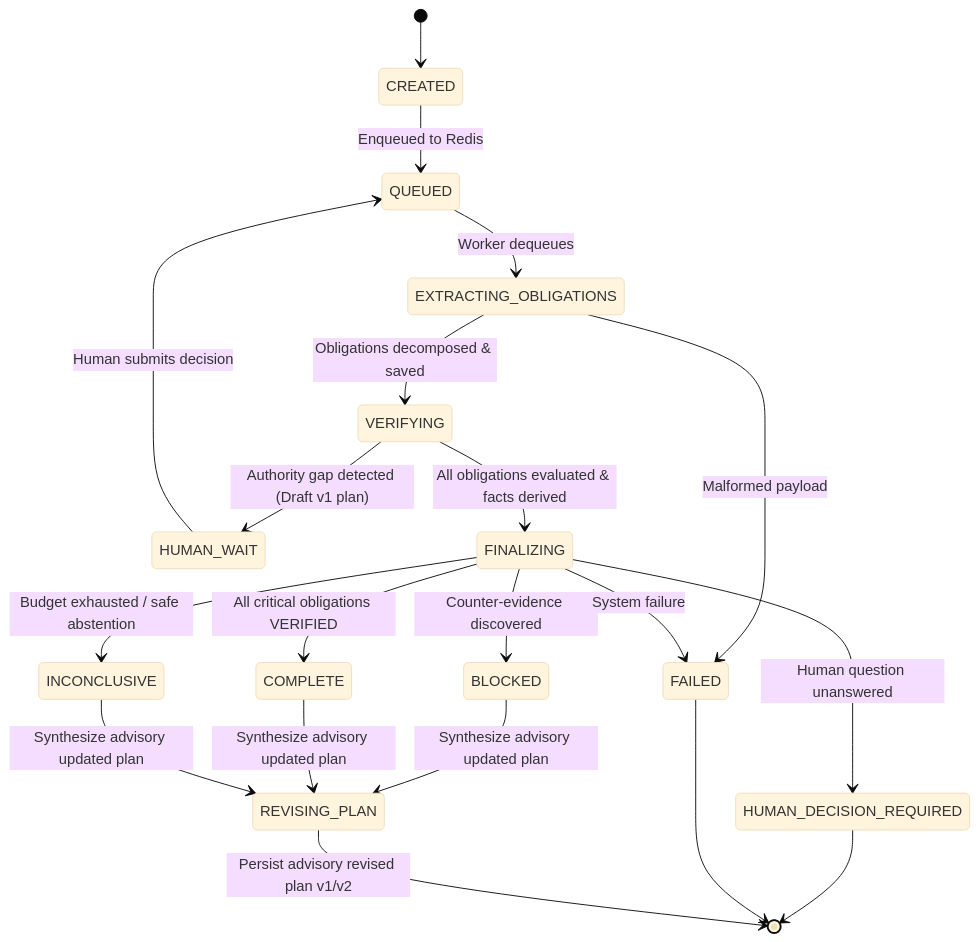
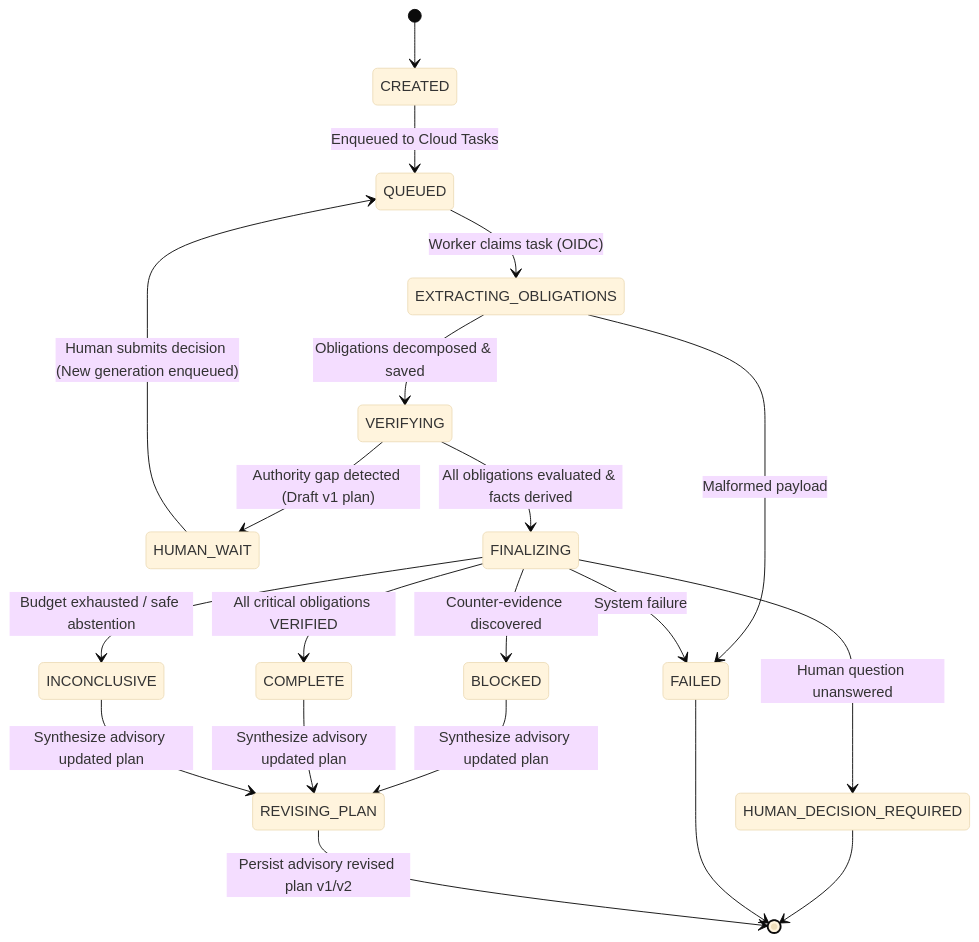
One commit to NikhilRaikwar/PlanProof changed the fourth of 4 diagrams in README.md. Above: the diagram before and after it, drawn with Mermaid (base theme). The commit also changed other lines of this file and 6 other files, not shown here.

First line of the commit message:
docs(infra): document zero-idle GCP production architecture and Redis decommission

````diff
--- a/README.md
+++ b/README.md
@@ -341,28 +344,28 @@
 ```mermaid
 stateDiagram-v2
   [*] --> CREATED
-  CREATED --> QUEUED: Enqueued to Redis
-  QUEUED --> EXTRACTING_OBLIGATIONS: Worker dequeues
+  CREATED --> QUEUED: Enqueued to Cloud Tasks
+  QUEUED --> EXTRACTING_OBLIGATIONS: Worker claims task (OIDC)
   
   EXTRACTING_OBLIGATIONS --> VERIFYING: Obligations decomposed & saved
   EXTRACTING_OBLIGATIONS --> FAILED: Malformed payload
 
   VERIFYING --> HUMAN_WAIT: Authority gap detected (Draft v1 plan)
-  HUMAN_WAIT --> QUEUED: Human submits decision
+  HUMAN_WAIT --> QUEUED: Human submits decision (New generation enqueued)
   
   VERIFYING --> FINALIZING: All obligations evaluated & facts derived
   
   FINALIZING --> BLOCKED: Counter-evidence discovered
   FINALIZING --> COMPLETE: All critical obligations VERIFIED
   FINALIZING --> HUMAN_DECISION_REQUIRED: Human question unanswered
   FINALIZING --> INCONCLUSIVE: Budget exhausted / safe abstention
   FINALIZING --> FAILED: System failure
 
   BLOCKED --> REVISING_PLAN: Synthesize advisory updated plan
   COMPLETE --> REVISING_PLAN: Synthesize advisory updated plan
   INCONCLUSIVE --> REVISING_PLAN: Synthesize advisory updated plan
   HUMAN_DECISION_REQUIRED --> [*]
   FAILED --> [*]
 
   REVISING_PLAN --> [*]: Persist advisory revised plan v1/v2
 ```
````
